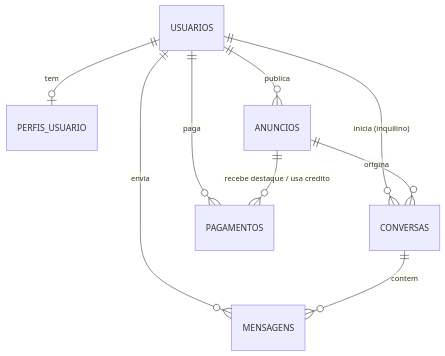
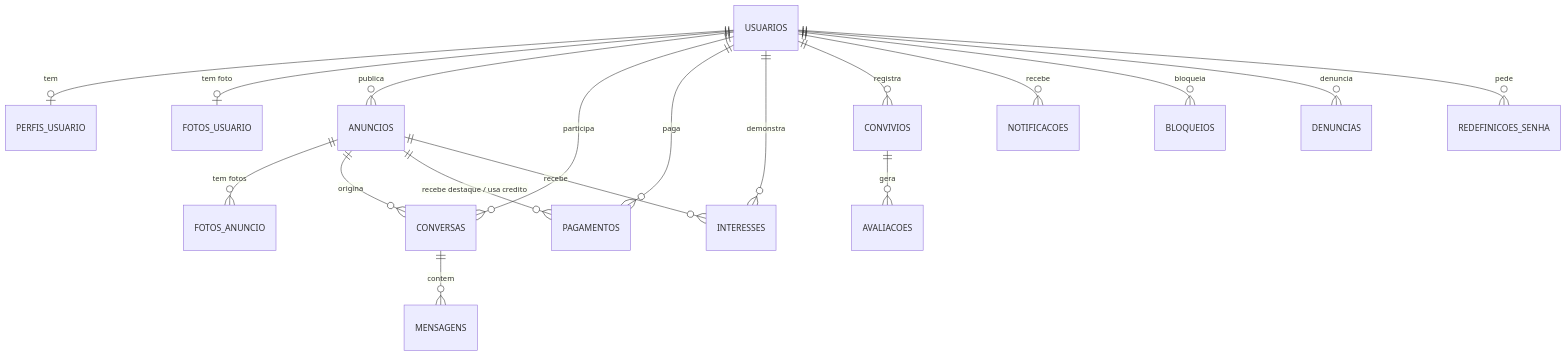
One commit to LorenzoMBegnozzi/Projeto-DividirAluguel changed the diagram in docs/03-BANCO-DE-DADOS.md. Above: the diagram before and after it, drawn with Mermaid. The commit also changed other lines of this file and 10 other files, not shown here.

````diff
--- a/docs/03-BANCO-DE-DADOS.md
+++ b/docs/03-BANCO-DE-DADOS.md
@@ -14,11 +14,20 @@
 ```mermaid
 erDiagram
     USUARIOS ||--o| PERFIS_USUARIO : "tem"
+    USUARIOS ||--o| FOTOS_USUARIO : "tem foto"
     USUARIOS ||--o{ ANUNCIOS : "publica"
-    USUARIOS ||--o{ CONVERSAS : "inicia (inquilino)"
-    USUARIOS ||--o{ MENSAGENS : "envia"
+    ANUNCIOS ||--o{ FOTOS_ANUNCIO : "tem fotos"
+    USUARIOS ||--o{ CONVERSAS : "participa"
+    ANUNCIOS ||--o{ CONVERSAS : "origina"
+    CONVERSAS ||--o{ MENSAGENS : "contem"
     USUARIOS ||--o{ PAGAMENTOS : "paga"
-    ANUNCIOS ||--o{ CONVERSAS : "origina"
     ANUNCIOS ||--o{ PAGAMENTOS : "recebe destaque / usa credito"
-    CONVERSAS ||--o{ MENSAGENS : "contem"
+    USUARIOS ||--o{ INTERESSES : "demonstra"
+    ANUNCIOS ||--o{ INTERESSES : "recebe"
+    USUARIOS ||--o{ CONVIVIOS : "registra"
+    CONVIVIOS ||--o{ AVALIACOES : "gera"
+    USUARIOS ||--o{ NOTIFICACOES : "recebe"
+    USUARIOS ||--o{ BLOQUEIOS : "bloqueia"
+    USUARIOS ||--o{ DENUNCIAS : "denuncia"
+    USUARIOS ||--o{ REDEFINICOES_SENHA : "pede"
 ```
````
